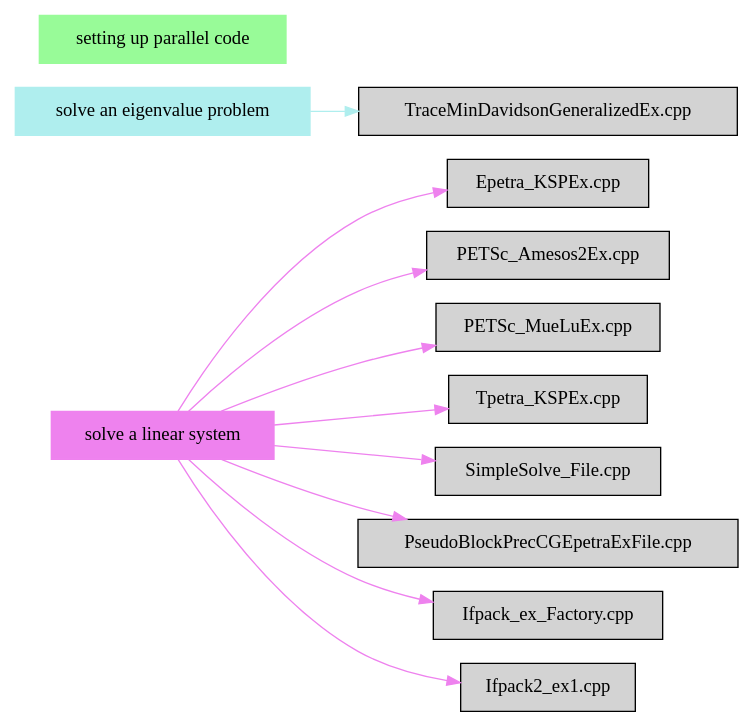
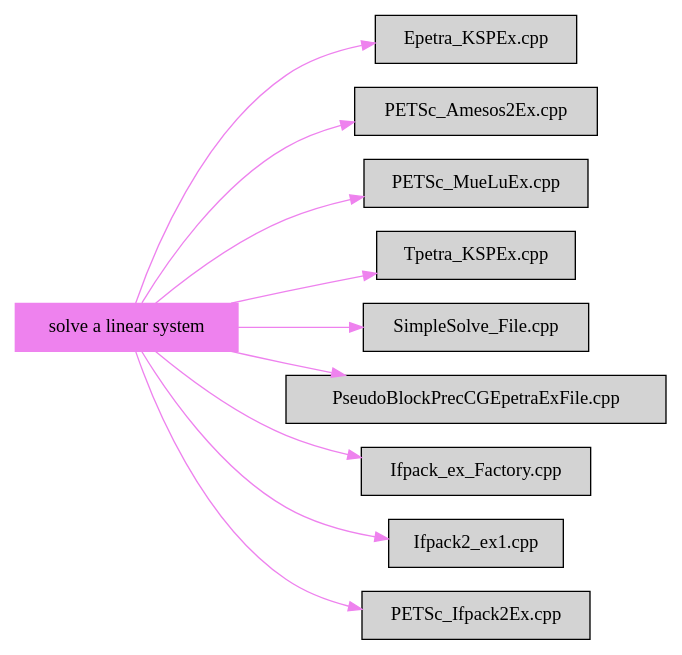
One commit to duongdo27/TrilinosConceptMap changed the diagram in markdown/topic_solve_a_linear_system.dot. Above: the diagram before and after it, drawn with Graphviz. The commit also changed 12 other files, not shown here.

```diff
--- a/markdown/topic_solve_a_linear_system.dot
+++ b/markdown/topic_solve_a_linear_system.dot
@@ -1,18 +1,16 @@
 digraph bettersoftware {
             rankdir = LR;
             ratio = fill;
             node [style=filled];
             node [shape = box];
 "solve a linear system" [colorscheme="svg" color="violet"];
 "solve a linear system" ->  "Epetra_KSPEx.cpp" [colorscheme="svg" color="violet"];
 "solve a linear system" ->  "PETSc_Amesos2Ex.cpp" [colorscheme="svg" color="violet"];
-"solve an eigenvalue problem" [colorscheme="svg" color="paleturquoise"];
 "solve a linear system" ->  "PETSc_MueLuEx.cpp" [colorscheme="svg" color="violet"];
 "solve a linear system" ->  "Tpetra_KSPEx.cpp" [colorscheme="svg" color="violet"];
-"solve an eigenvalue problem" ->  "TraceMinDavidsonGeneralizedEx.cpp" [colorscheme="svg" color="paleturquoise"];
 "solve a linear system" ->  "SimpleSolve_File.cpp" [colorscheme="svg" color="violet"];
 "solve a linear system" ->  "PseudoBlockPrecCGEpetraExFile.cpp" [colorscheme="svg" color="violet"];
 "solve a linear system" ->  "Ifpack_ex_Factory.cpp" [colorscheme="svg" color="violet"];
 "solve a linear system" ->  "Ifpack2_ex1.cpp" [colorscheme="svg" color="violet"];
-"setting up parallel code" [colorscheme="svg" color="palegreen"];
+"solve a linear system" ->  "PETSc_Ifpack2Ex.cpp" [colorscheme="svg" color="violet"];
 }
```
